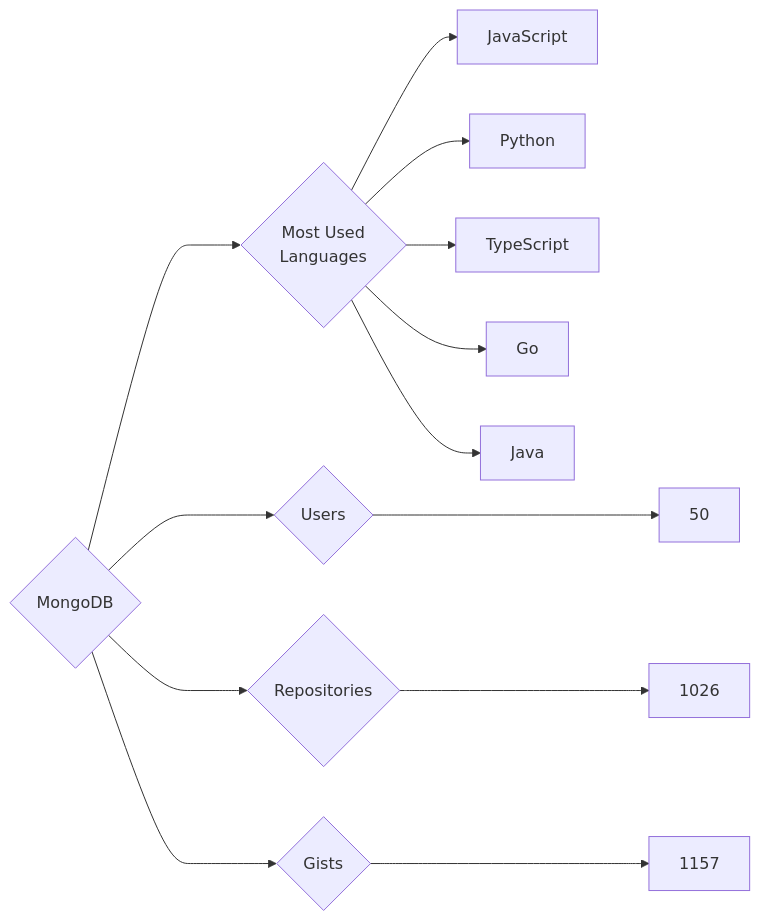
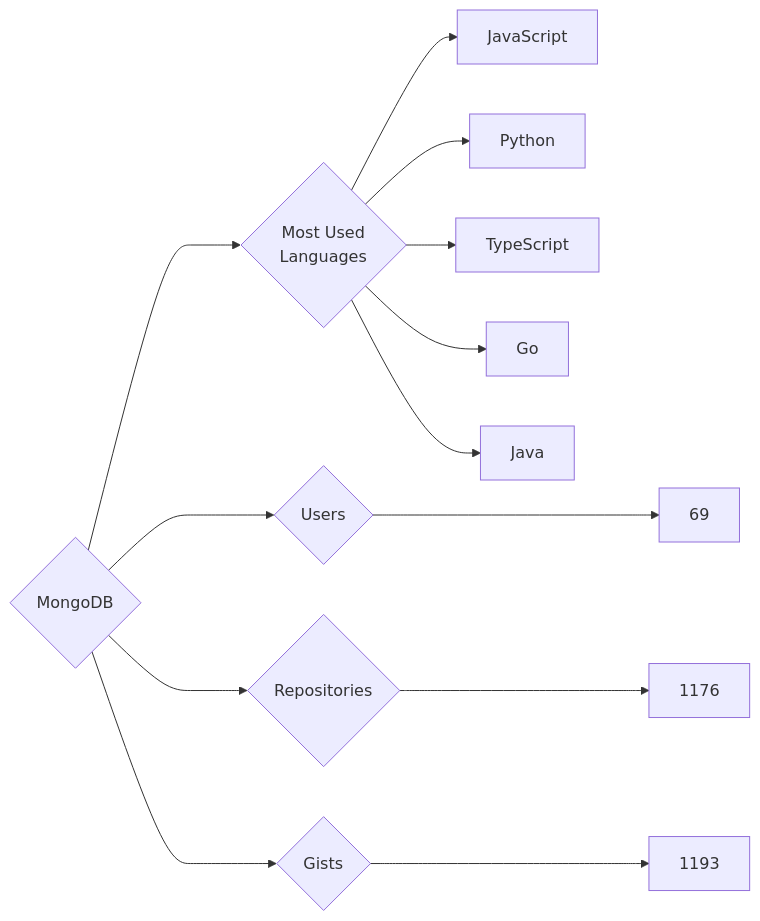
The diagram in targets/MongoDB/README.md (trickest/insiders), drawn with Mermaid before and after one commit. The commit also changed 886 other files, not shown here.

````diff
--- a/targets/MongoDB/README.md
+++ b/targets/MongoDB/README.md
@@ -3,13 +3,13 @@
 ```mermaid
 graph LR
 COMPANY_NAME{MongoDB}
-COMPANY_NAME ---> U{Users} ---> UN[50]
-COMPANY_NAME ---> R{Repositories} ---> RN[1026]
-COMPANY_NAME ---> G{Gists} ---> GN[1157]
+COMPANY_NAME ---> U{Users} ---> UN[69]
+COMPANY_NAME ---> R{Repositories} ---> RN[1176]
+COMPANY_NAME ---> G{Gists} ---> GN[1193]
 COMPANY_NAME ---> ML{Most Used<br>Languages}
 ML --> JavaScript[JavaScript]
 ML --> Python[Python]
 ML --> TypeScript[TypeScript]
 ML --> Go[Go]
 ML --> Java[Java]
 ```
````
